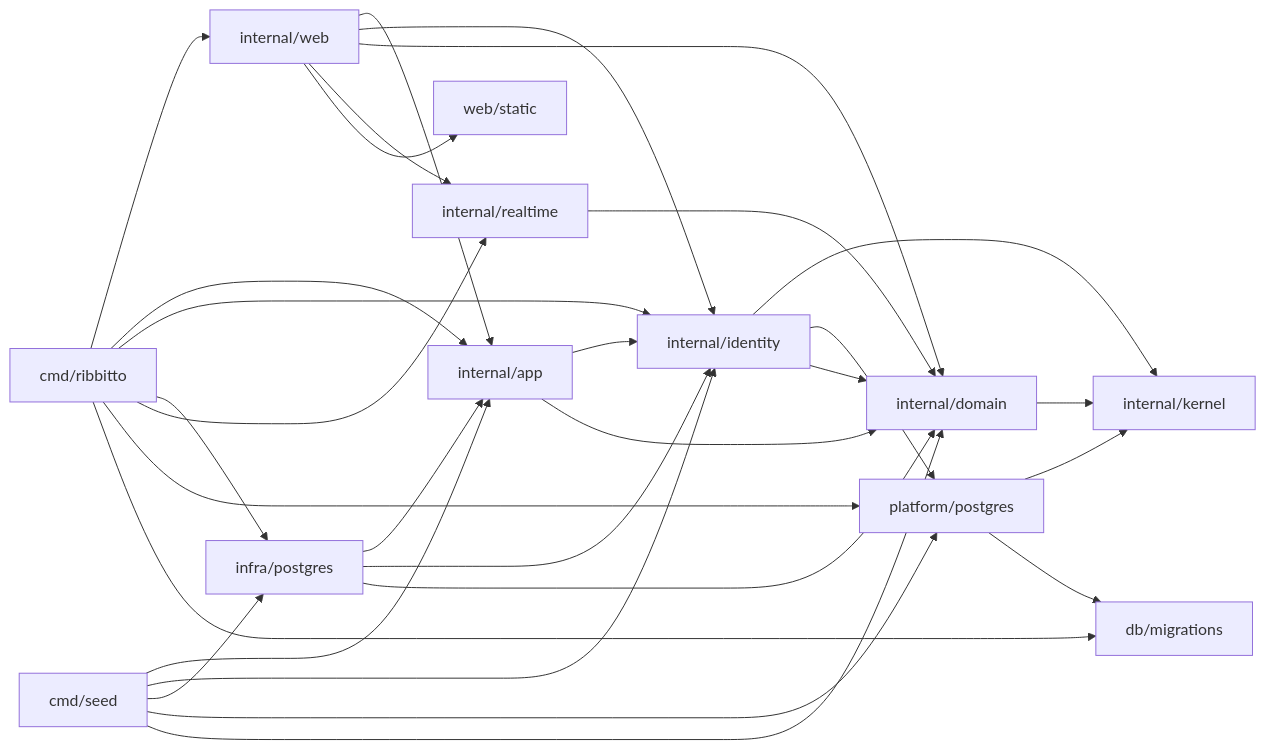
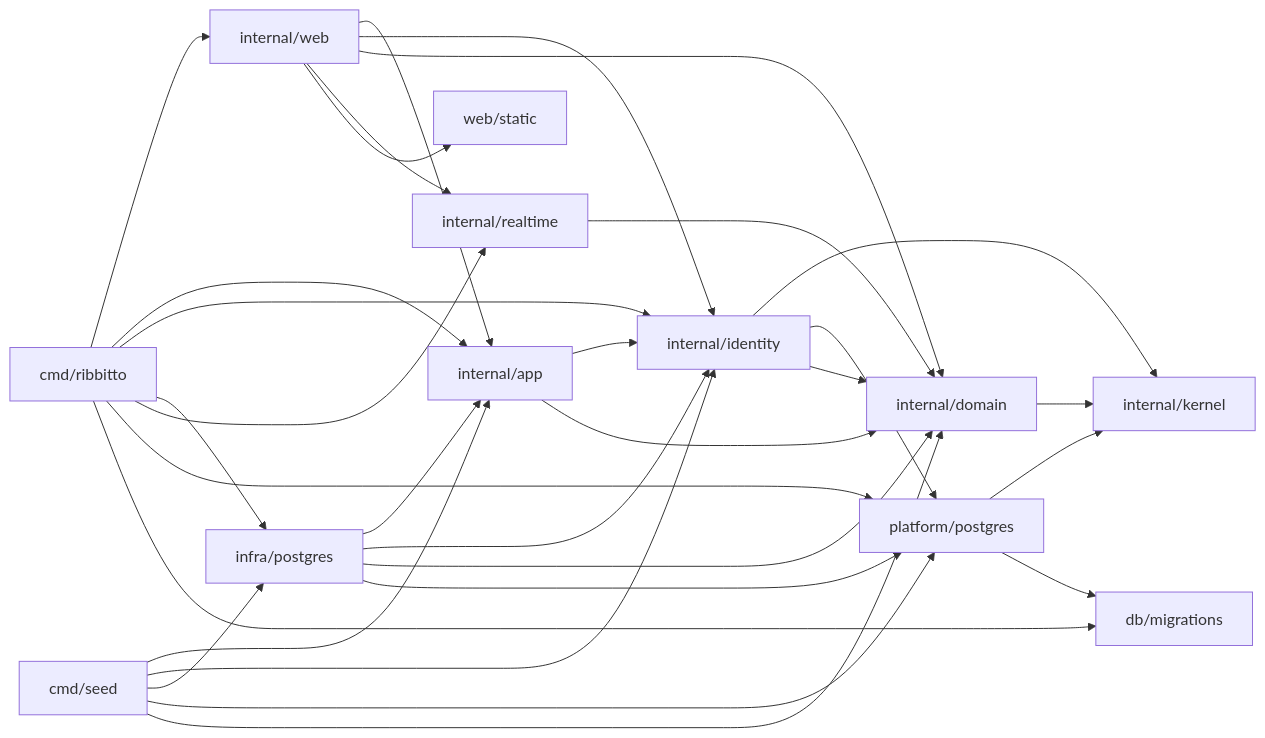
One commit to tkakkie/ribbitto changed the diagram in docs/architecture/packages.md. Above: the diagram before and after it, drawn with Mermaid.

Commit message:
docs(architecture): show the legacy store's temporary platform import

````diff
--- a/docs/architecture/packages.md
+++ b/docs/architecture/packages.md
@@ -60,12 +60,12 @@
 ```mermaid
 flowchart LR
   cmd[cmd/ribbitto] --> web & app & identity & postgres[infra/postgres] & realtime & platform[platform/postgres] & migrations[db/migrations]
   seed[cmd/seed] --> app & identity & postgres & platform & domain
   web[internal/web] --> app & identity & domain & realtime & static[web/static]
-  postgres --> app & identity & domain
+  postgres --> app & identity & domain & platform
   realtime[internal/realtime] --> domain
   app[internal/app] --> identity & domain[internal/domain]
   identity[internal/identity] --> kernel & platform & domain
   domain --> kernel[internal/kernel]
   platform --> kernel & migrations
 ```
````
